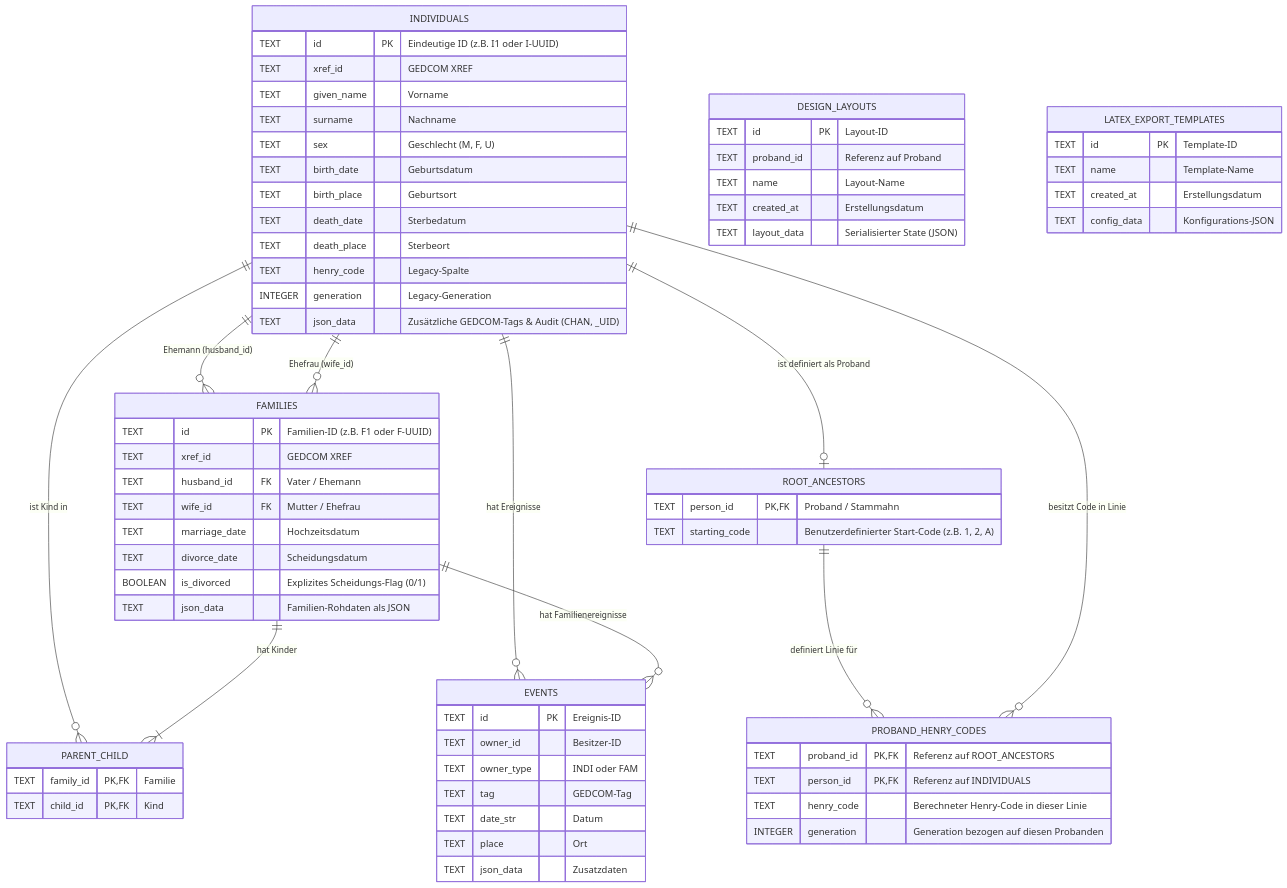
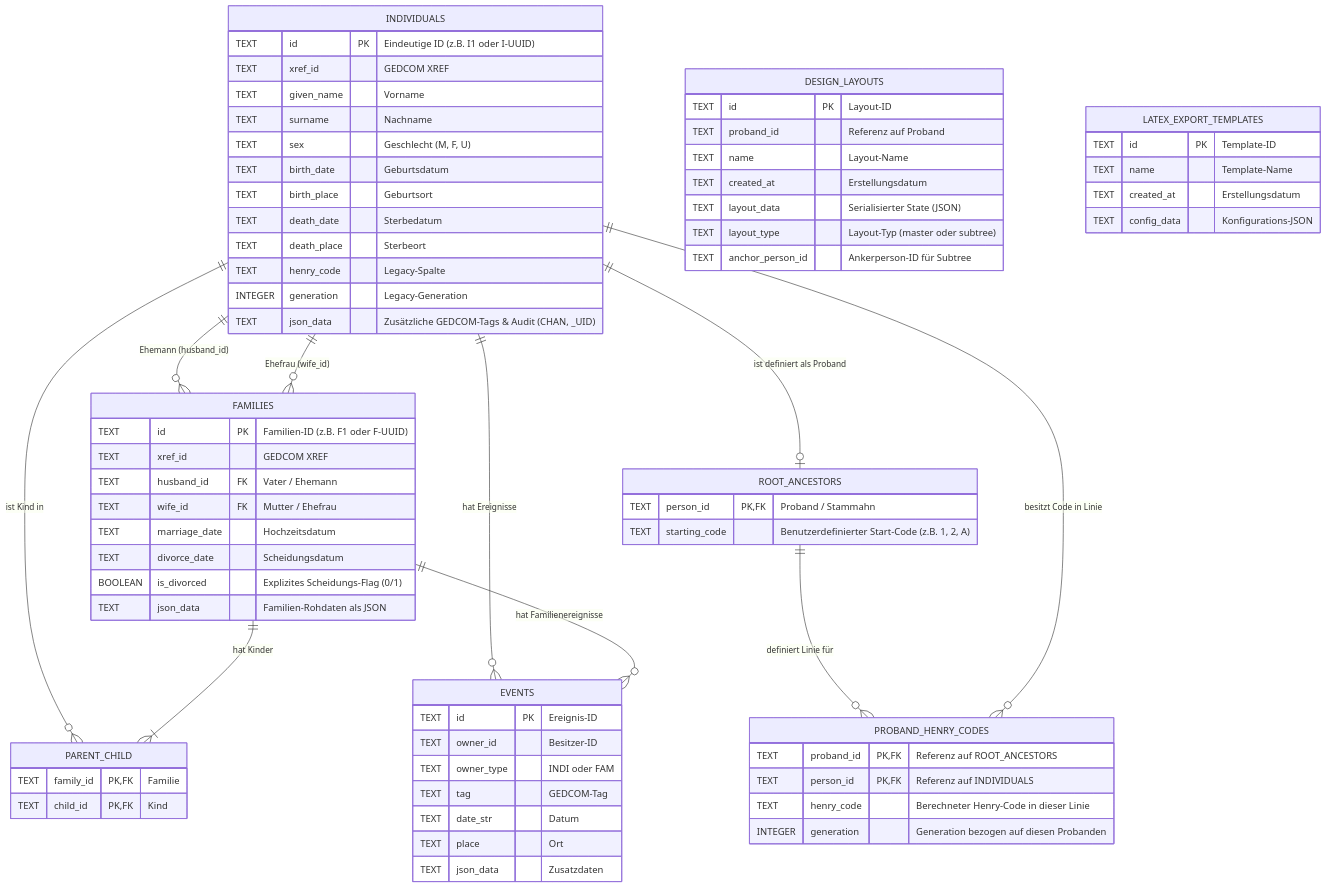
The second of 2 diagrams in Architecture.md (dryanwhitney-hub/LineageGraph), drawn with Mermaid before and after one commit. The commit also changed other lines of this file and 17 other files, not shown here.

````diff
--- a/Architecture.md
+++ b/Architecture.md
@@ -232,80 +233,82 @@
 ```mermaid
 erDiagram
     INDIVIDUALS ||--o{ PARENT_CHILD : "ist Kind in"
     INDIVIDUALS ||--o{ FAMILIES : "Ehemann (husband_id)"
     INDIVIDUALS ||--o{ FAMILIES : "Ehefrau (wife_id)"
     FAMILIES ||--|{ PARENT_CHILD : "hat Kinder"
     INDIVIDUALS ||--o| ROOT_ANCESTORS : "ist definiert als Proband"
     ROOT_ANCESTORS ||--o{ PROBAND_HENRY_CODES : "definiert Linie für"
     INDIVIDUALS ||--o{ PROBAND_HENRY_CODES : "besitzt Code in Linie"
     INDIVIDUALS ||--o{ EVENTS : "hat Ereignisse"
     FAMILIES ||--o{ EVENTS : "hat Familienereignisse"
 
     INDIVIDUALS {
         TEXT id PK "Eindeutige ID (z.B. I1 oder I-UUID)"
         TEXT xref_id "GEDCOM XREF"
         TEXT given_name "Vorname"
         TEXT surname "Nachname"
         TEXT sex "Geschlecht (M, F, U)"
         TEXT birth_date "Geburtsdatum"
         TEXT birth_place "Geburtsort"
         TEXT death_date "Sterbedatum"
         TEXT death_place "Sterbeort"
         TEXT henry_code "Legacy-Spalte"
         INTEGER generation "Legacy-Generation"
         TEXT json_data "Zusätzliche GEDCOM-Tags & Audit (CHAN, _UID)"
     }
 
     FAMILIES {
         TEXT id PK "Familien-ID (z.B. F1 oder F-UUID)"
         TEXT xref_id "GEDCOM XREF"
         TEXT husband_id FK "Vater / Ehemann"
         TEXT wife_id FK "Mutter / Ehefrau"
         TEXT marriage_date "Hochzeitsdatum"
         TEXT divorce_date "Scheidungsdatum"
         BOOLEAN is_divorced "Explizites Scheidungs-Flag (0/1)"
         TEXT json_data "Familien-Rohdaten als JSON"
     }
 
     PARENT_CHILD {
         TEXT family_id PK, FK "Familie"
         TEXT child_id PK, FK "Kind"
     }
 
     ROOT_ANCESTORS {
         TEXT person_id PK, FK "Proband / Stammahn"
         TEXT starting_code "Benutzerdefinierter Start-Code (z.B. 1, 2, A)"
     }
 
     PROBAND_HENRY_CODES {
         TEXT proband_id PK, FK "Referenz auf ROOT_ANCESTORS"
         TEXT person_id PK, FK "Referenz auf INDIVIDUALS"
         TEXT henry_code "Berechneter Henry-Code in dieser Linie"
         INTEGER generation "Generation bezogen auf diesen Probanden"
     }
 
     EVENTS {
         TEXT id PK "Ereignis-ID"
         TEXT owner_id "Besitzer-ID"
         TEXT owner_type "INDI oder FAM"
         TEXT tag "GEDCOM-Tag"
         TEXT date_str "Datum"
         TEXT place "Ort"
         TEXT json_data "Zusatzdaten"
     }
 
     DESIGN_LAYOUTS {
         TEXT id PK "Layout-ID"
         TEXT proband_id "Referenz auf Proband"
         TEXT name "Layout-Name"
         TEXT created_at "Erstellungsdatum"
         TEXT layout_data "Serialisierter State (JSON)"
+        TEXT layout_type "Layout-Typ (master oder subtree)"
+        TEXT anchor_person_id "Ankerperson-ID für Subtree"
     }
 
     LATEX_EXPORT_TEMPLATES {
         TEXT id PK "Template-ID"
         TEXT name "Template-Name"
         TEXT created_at "Erstellungsdatum"
         TEXT config_data "Konfigurations-JSON"
     }
 ```
````
